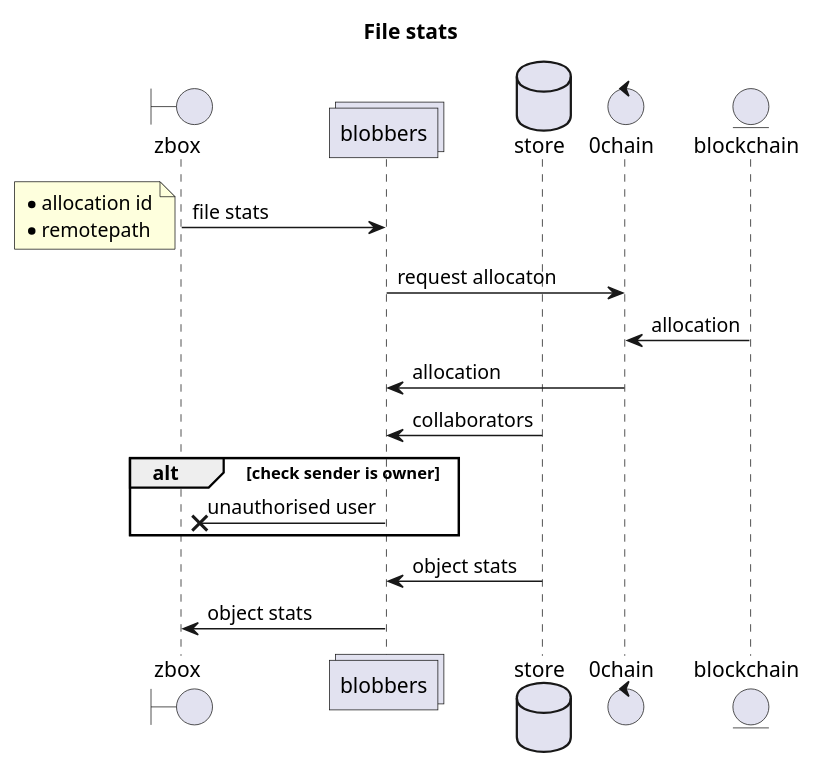
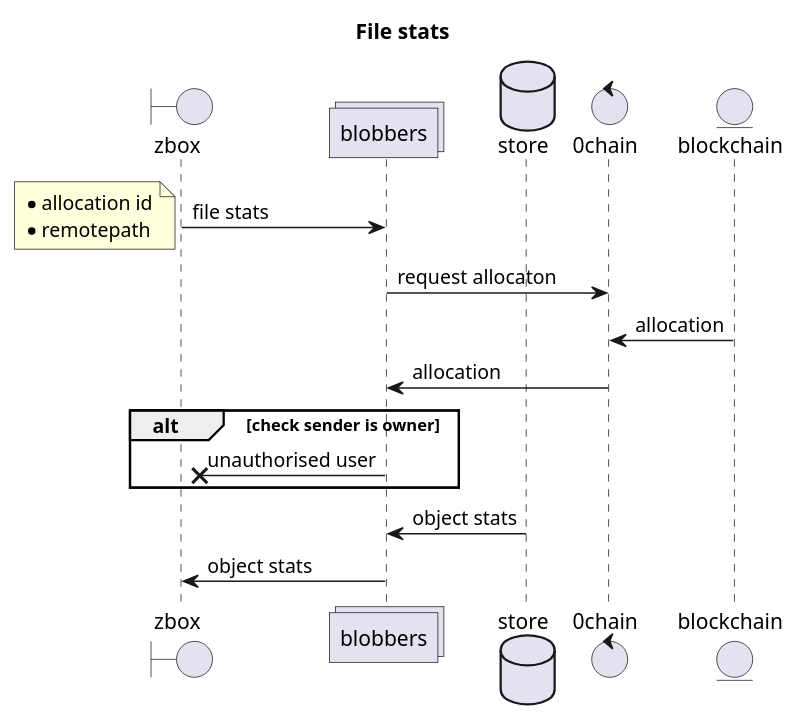
The fourth of 32 diagrams in documents/uml.md (0chain/zboxcli), drawn with PlantUML before and after one commit. The commit also changed other lines of this file and 1 other file, not shown here.

````diff
--- a/documents/uml.md
+++ b/documents/uml.md
@@ -39,22 +39,21 @@
 ```puml
 title File stats
 boundary zbox 
 collections blobbers
 database store
 control 0chain
 entity blockchain
 zbox -> blobbers : file stats
 note left
     * allocation id
     * remotepath
 end note
     blobbers -> 0chain : request allocaton
         blockchain -> 0chain : allocation
     0chain -> blobbers : allocation
-    store -> blobbers : collaborators
     alt check sender is owner
         blobbers ->x zbox : unauthorised user
     end
     store -> blobbers : object stats
 blobbers -> zbox : object stats
 ```
````
